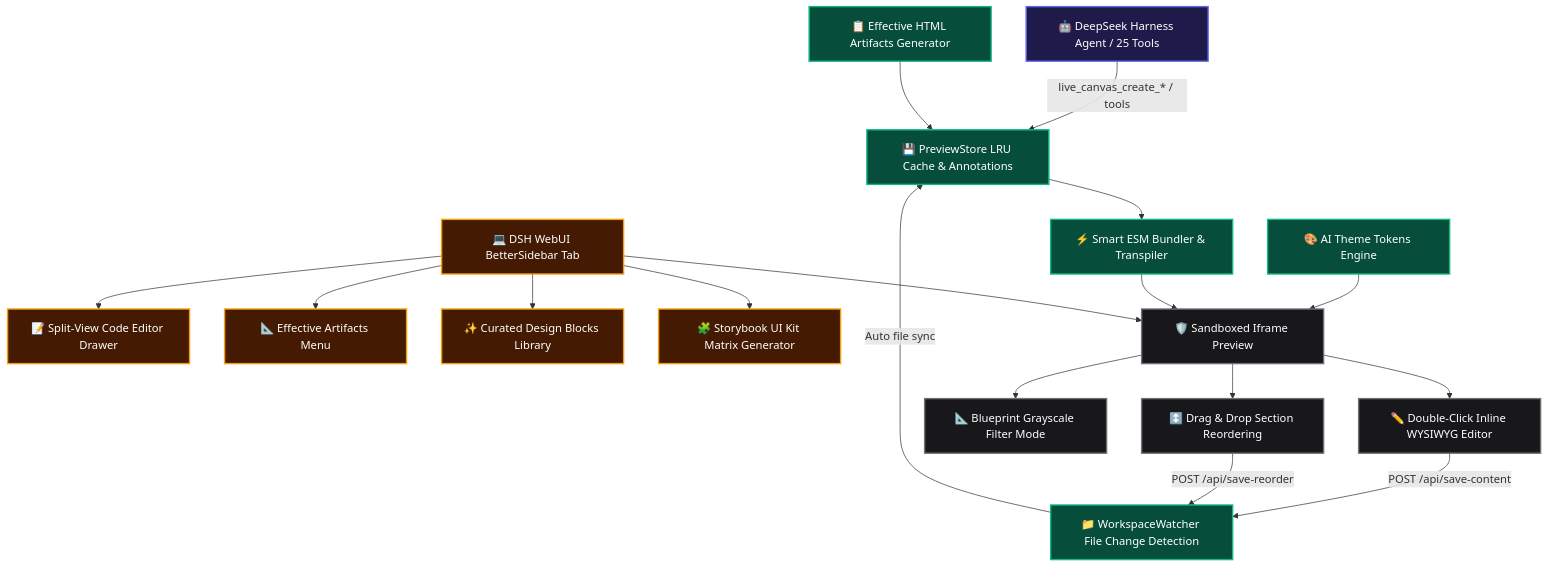
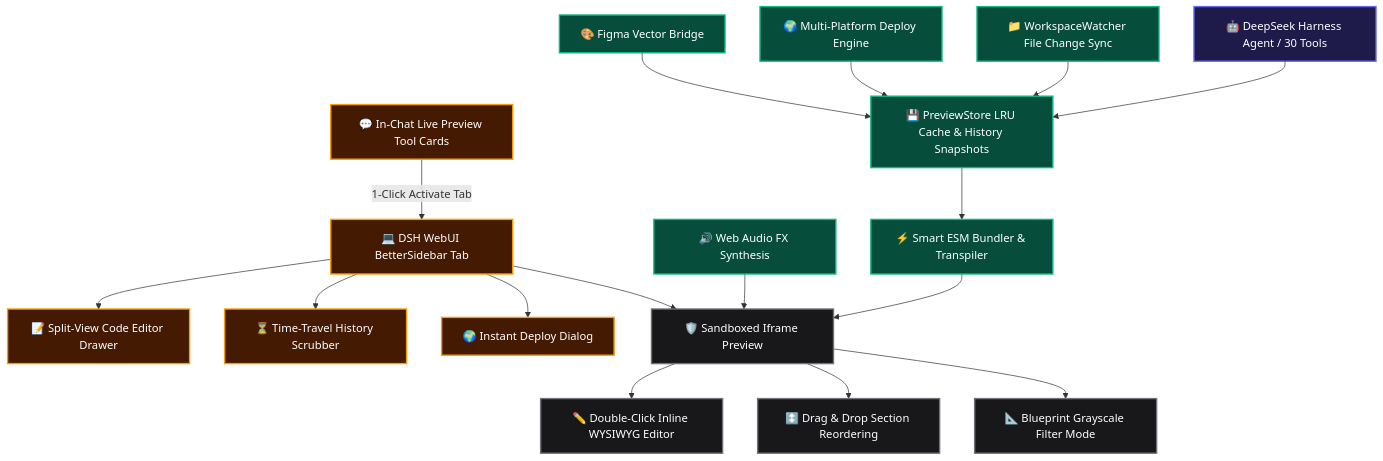
Before and after one commit to GooDAnDReaDY/dsh-live-canvas: the diagram in README.md, drawn with Mermaid. The commit also changed other lines of this file and 13 other files, not shown here.

First line of the commit message:
feat(milestone): v0.2.0 Pro Studio Expansion — CRUD Studio, Time-Travel, 1-Click Multi-Deploy, Figma Bridge, Sound FX (#82, #83, #84, #85, #86)

````diff
--- a/README.md
+++ b/README.md
@@ -41,44 +43,44 @@
 ```mermaid
 graph TD
     classDef agent fill:#1e1b4b,stroke:#6366f1,stroke-width:2px,color:#fff;
     classDef core fill:#064e3b,stroke:#10b981,stroke-width:2px,color:#fff;
     classDef ui fill:#451a03,stroke:#f59e0b,stroke-width:2px,color:#fff;
     classDef sandbox fill:#18181b,stroke:#71717a,stroke-width:2px,color:#fff;
 
-    Agent[🤖 DeepSeek Harness Agent / 25 Tools]:::agent
-    Store[💾 PreviewStore LRU Cache & Annotations]:::core
-    Watcher[📁 WorkspaceWatcher File Change Detection]:::core
+    Agent[🤖 DeepSeek Harness Agent / 30 Tools]:::agent
+    Store[💾 PreviewStore LRU Cache & History Snapshots]:::core
+    Watcher[📁 WorkspaceWatcher File Change Sync]:::core
     Bundler[⚡ Smart ESM Bundler & Transpiler]:::core
-    Artifacts[📋 Effective HTML Artifacts Generator]:::core
-    Themes[🎨 AI Theme Tokens Engine]:::core
+    Deployer[🌍 Multi-Platform Deploy Engine]:::core
+    FigmaBridge[🎨 Figma Vector Bridge]:::core
+    SoundEngine[🔊 Web Audio FX Synthesis]:::core
 
     WebUI[💻 DSH WebUI BetterSidebar Tab]:::ui
+    ChatCards[💬 In-Chat Live Preview Tool Cards]:::ui
     EditorDrawer[📝 Split-View Code Editor Drawer]:::ui
-    ArtifactsModal[📐 Effective Artifacts Menu]:::ui
-    BlocksModal[✨ Curated Design Blocks Library]:::ui
-    Storybook[🧩 Storybook UI Kit Matrix Generator]:::ui
+    TimeTravelUI[⏳ Time-Travel History Scrubber]:::ui
+    DeployModal[🌍 Instant Deploy Dialog]:::ui
 
     SandboxFrame[🛡️ Sandboxed Iframe Preview]:::sandbox
     WYSIWYG[✏️ Double-Click Inline WYSIWYG Editor]:::sandbox
+    DnD[↕️ Drag & Drop Section Reordering]:::sandbox
     Blueprint[📐 Blueprint Grayscale Filter Mode]:::sandbox
-    DnD[↕️ Drag & Drop Section Reordering]:::sandbox
 
-    Agent -->|live_canvas_create_* / tools| Store
-    Watcher -->|Auto file sync| Store
+    Agent --> Store
+    Watcher --> Store
     Store --> Bundler
-    Artifacts --> Store
-    Themes --> SandboxFrame
+    Deployer --> Store
+    FigmaBridge --> Store
     Bundler --> SandboxFrame
+    SoundEngine --> SandboxFrame
 
     WebUI --> EditorDrawer
-    WebUI --> ArtifactsModal
-    WebUI --> BlocksModal
-    WebUI --> Storybook
+    WebUI --> TimeTravelUI
+    WebUI --> DeployModal
     WebUI --> SandboxFrame
+    ChatCards -->|1-Click Activate Tab| WebUI
 
     SandboxFrame --> WYSIWYG
+    SandboxFrame --> DnD
     SandboxFrame --> Blueprint
-    SandboxFrame --> DnD
-    WYSIWYG -->|POST /api/save-content| Watcher
-    DnD -->|POST /api/save-reorder| Watcher
 ```
````
